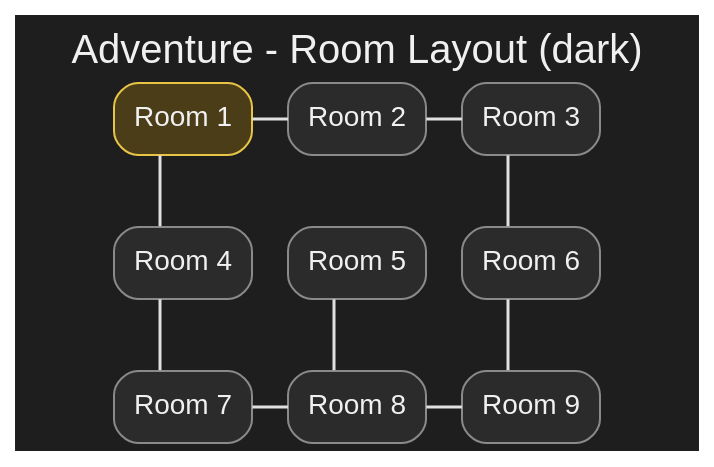
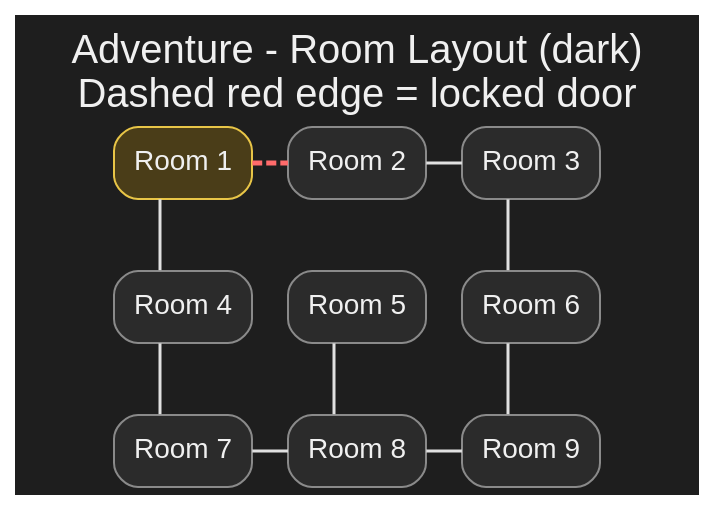
Before and after one commit to mwnDK1402/Adventure: the diagram in docs/room-diagram-dark.dot, drawn with Graphviz. The commit also changed 7 other files, not shown here.

First line of the commit message:
Update class diagrams for Day 2 changes

```diff
--- a/docs/room-diagram-dark.dot
+++ b/docs/room-diagram-dark.dot
@@ -1,46 +1,46 @@
 graph Rooms {
-    label = "Adventure - Room Layout (dark)";
+    label = "Adventure - Room Layout (dark)\nDashed red edge = locked door";
     labelloc = t;
     fontname = "Helvetica";
     fontsize = 20;
     fontcolor = "#F0F0F0";
     bgcolor = "#1E1E1E";
     rankdir = TB;
     splines = ortho;
     node [shape = box, style = "rounded,filled", fontname = "Helvetica", fontsize = 14, fillcolor = "#2B2B2B", color = "#8A8A8A", fontcolor = "#F0F0F0"];
     edge [color = "#E0E0E0", penwidth = 1.5];
 
     { rank = same; r1; r2; r3; }
     { rank = same; r4; r5; r6; }
     { rank = same; r7; r8; r9; }
 
     r1 [label = "Room 1", fillcolor = "#4A3D18", color = "#E8C547"];
     r2 [label = "Room 2"];
     r3 [label = "Room 3"];
     r4 [label = "Room 4"];
     r5 [label = "Room 5"];
     r6 [label = "Room 6"];
     r7 [label = "Room 7"];
     r8 [label = "Room 8"];
     r9 [label = "Room 9"];
 
-    r1 -- r2;
+    r1 -- r2 [color = "#FF6B6B", style = "dashed", penwidth = 2.5];
     r2 -- r3;
     r7 -- r8;
     r8 -- r9;
     r1 -- r4;
     r3 -- r6;
     r4 -- r7;
     r5 -- r8;
     r6 -- r9;
 
     edge [style = invis, color = "white"];
     r1 -- r4;
     r4 -- r7;
     r2 -- r5;
     r5 -- r8;
     r3 -- r6;
     r6 -- r9;
     r4 -- r5;
     r5 -- r6;
 }
```
